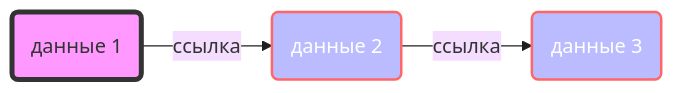
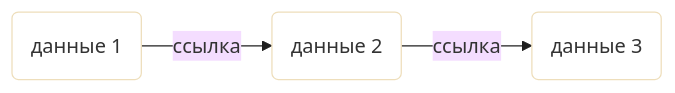
Before and after one commit to hamster-i/list: the diagram in README.md, drawn with Mermaid.

````diff
--- a/README.md
+++ b/README.md
@@ -8,10 +8,6 @@
    ```mermaid
    %%{init: { 'theme': 'base', 'themeVariables': { 'background': '#e0e0e0', 'mainBkg': '#ffffff' }}}%%
    graph LR;
     A(данные 1)--ссылка-->B(данные 2)--ссылка-->C(данные 3);
 	
-	%% Настройка цветов:
-    style A fill:#f9f,stroke:#333,stroke-width:4px
-    style B fill:#bbf,stroke:#f66,stroke-width:2px,color:#fff
-	style C fill:#bbf,stroke:#f66,stroke-width:2px,color:#fff
    ```
````
